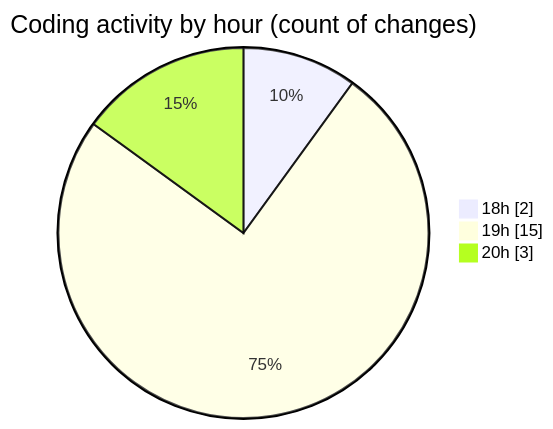
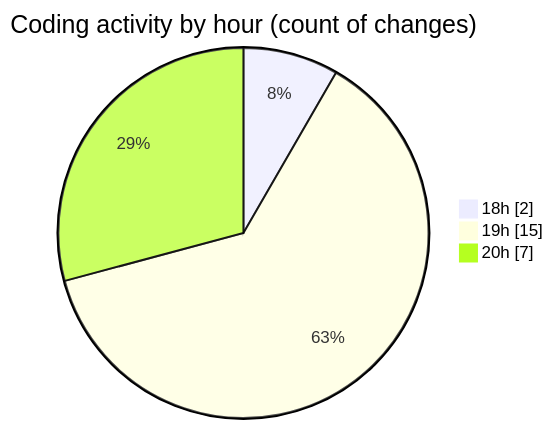
One commit to MatusMokan/code-tracking changed the second of 2 diagrams in 2025-02-27/myws__workspace_/README.md. Above: the diagram before and after it, drawn with Mermaid. The commit also changed other lines of this file and 1 other file, not shown here.

````diff
--- a/2025-02-27/myws__workspace_/README.md
+++ b/2025-02-27/myws__workspace_/README.md
@@ -28,7 +28,7 @@
 ```mermaid
 pie showData
 title Coding activity by hour (count of changes)
 "18h" : 2
 "19h" : 15
-"20h" : 3
+"20h" : 7
 ```
````
